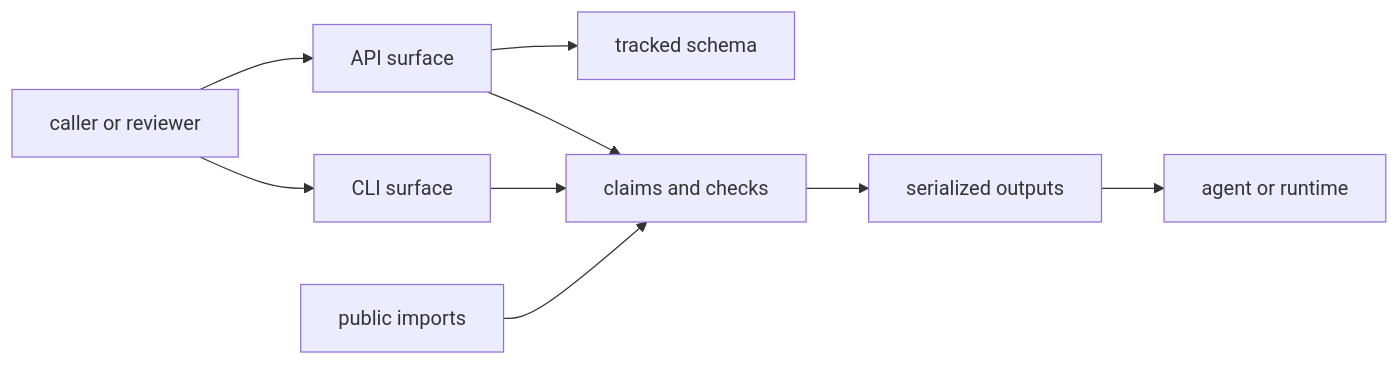
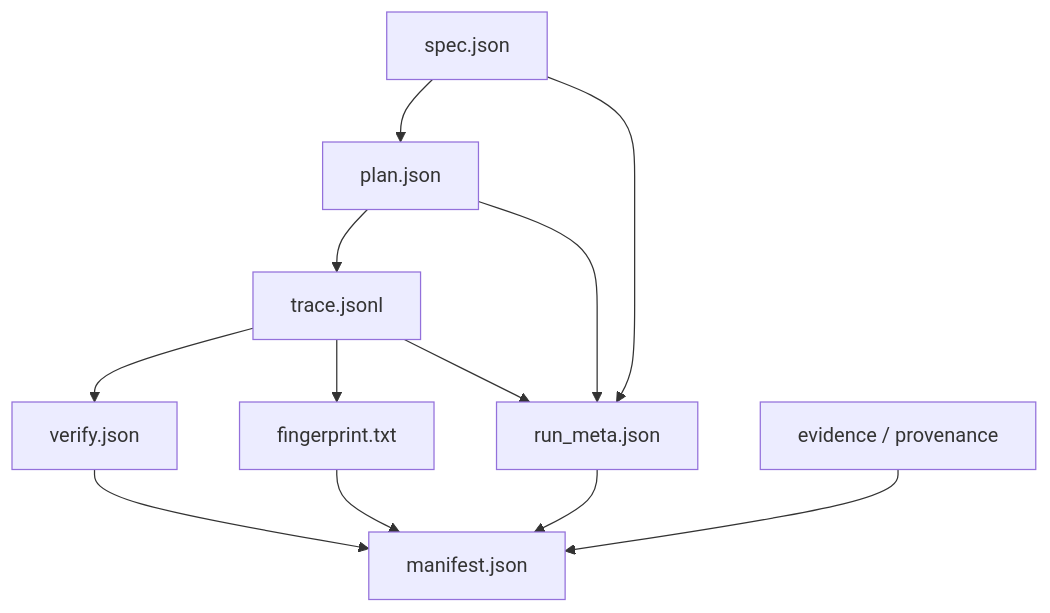
Before and after one commit to bijux/bijux-canon: the diagram in docs/04-bijux-canon-reason/interfaces/index.md, drawn with Mermaid. The commit also changed other lines of this file and 3 other files, not shown here.

Commit message:
docs(reason): trace claims through verification evidence

````diff
--- a/docs/04-bijux-canon-reason/interfaces/index.md
+++ b/docs/04-bijux-canon-reason/interfaces/index.md
@@ -21,17 +29,14 @@
 ```mermaid
-flowchart LR
-    caller["caller or reviewer"]
-    cli["CLI surface"]
-    api["API surface"]
-    artifacts["claims and checks"]
-    serialization["serialized outputs"]
-    imports["public imports"]
-    schema["tracked schema"]
-    downstream["agent or runtime"]
-
-    caller --> cli --> artifacts
-    caller --> api --> artifacts
-    artifacts --> serialization --> downstream
-    imports --> artifacts
-    api --> schema
+flowchart TD
+    spec["spec.json"] --> plan["plan.json"]
+    plan --> trace["trace.jsonl"]
+    trace --> verify["verify.json"]
+    trace --> fingerprint["fingerprint.txt"]
+    spec --> metadata["run_meta.json"]
+    plan --> metadata
+    trace --> metadata
+    verify --> manifest["manifest.json"]
+    fingerprint --> manifest
+    metadata --> manifest
+    provenance["evidence / provenance"] --> manifest
 ```
````
